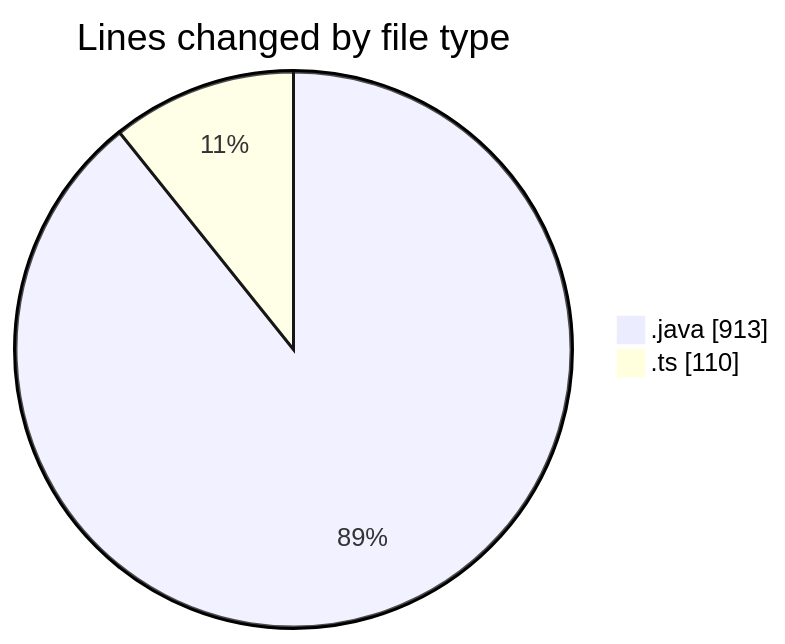
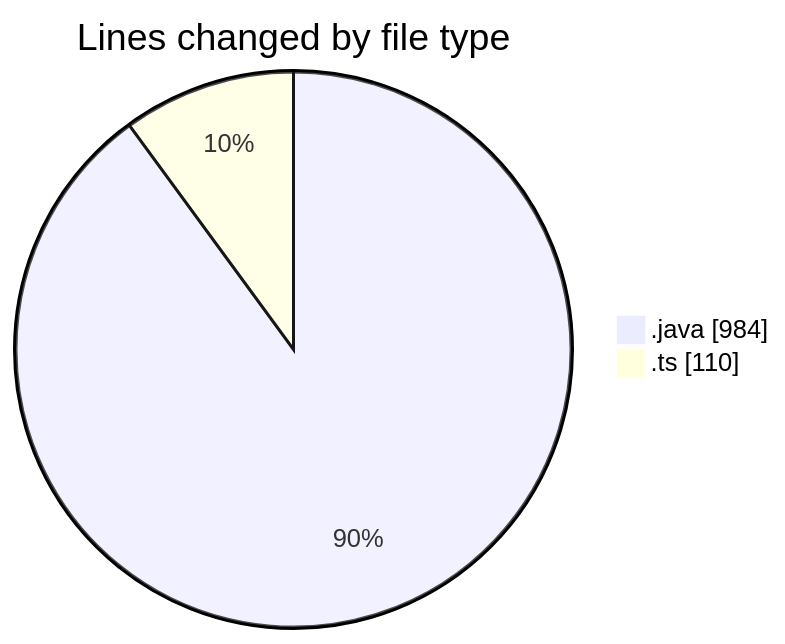
One commit to charlie-sans/code-tracking changed the first of 2 diagrams in 2025-02-20/micros/README.md. Above: the diagram before and after it, drawn with Mermaid. The commit also changed other lines of this file and 1 other file, not shown here.

````diff
--- a/2025-02-20/micros/README.md
+++ b/2025-02-20/micros/README.md
@@ -25,6 +25,6 @@
 ```mermaid
 pie showData
 title Lines changed by file type
-".java" : 913
+".java" : 984
 ".ts" : 110
 ```
````
